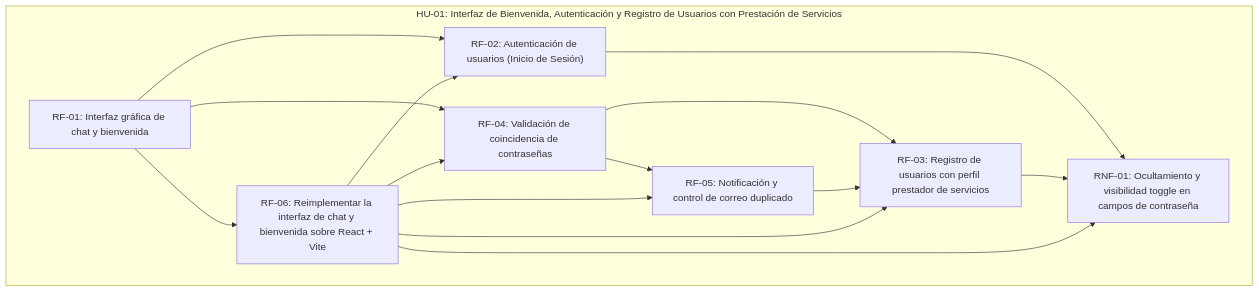
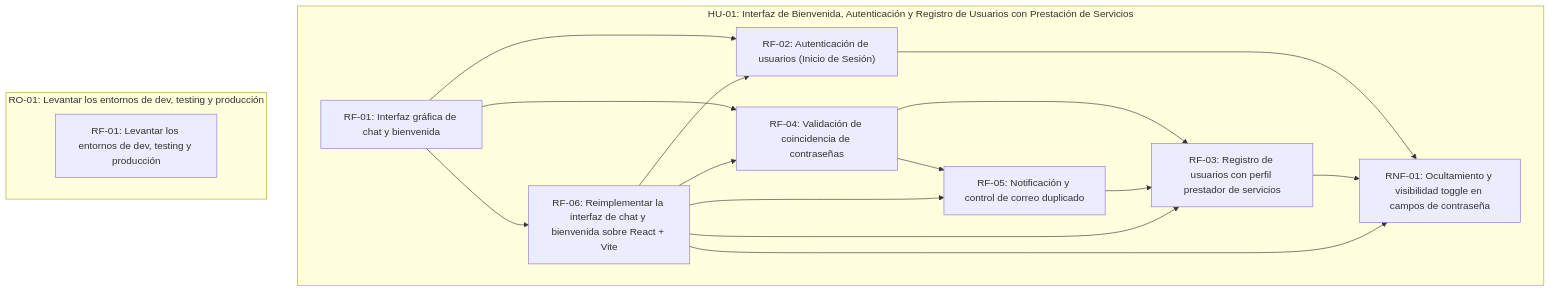
Before and after one commit to fiemcasals/refactoryProfesionales: the diagram in scrumDocs/grafo.md, drawn with Mermaid. The commit also changed other lines of this file, not shown here.

Commit message:
Auto-publish: actualiza scrumDocs/grafo.md

````diff
--- a/scrumDocs/grafo.md
+++ b/scrumDocs/grafo.md
@@ -5,25 +5,28 @@
 ```mermaid
 graph TD
   subgraph US_1785510643692["HU-01: Interfaz de Bienvenida, Autenticación y Registro de Usuarios con Prestación de Servicios"]
     REQ_1785771199977["RF-01: Interfaz gráfica de chat y bienvenida"]
     REQ_1785771214294["RF-02: Autenticación de usuarios (Inicio de Sesión)"]
     REQ_1785771214393["RF-03: Registro de usuarios con perfil prestador de servicios"]
     REQ_1785771214462["RF-04: Validación de coincidencia de contraseñas"]
     REQ_1785771214528["RF-05: Notificación y control de correo duplicado"]
     REQ_1785771214595["RNF-01: Ocultamiento y visibilidad toggle en campos de contraseña"]
     REQ_1790685849827["RF-06: Reimplementar la interfaz de chat y bienvenida sobre React + Vite"]
+  end
+  subgraph US_1790688869961["RO-01: Levantar los entornos de dev, testing y producción"]
+    REQ_1790688869968["RF-01: Levantar los entornos de dev, testing y producción"]
   end
   REQ_1785771199977 --> REQ_1785771214294
   REQ_1790685849827 --> REQ_1785771214294
   REQ_1785771214462 --> REQ_1785771214393
   REQ_1785771214528 --> REQ_1785771214393
   REQ_1790685849827 --> REQ_1785771214393
   REQ_1785771199977 --> REQ_1785771214462
   REQ_1790685849827 --> REQ_1785771214462
   REQ_1785771214462 --> REQ_1785771214528
   REQ_1790685849827 --> REQ_1785771214528
   REQ_1785771214294 --> REQ_1785771214595
   REQ_1785771214393 --> REQ_1785771214595
   REQ_1790685849827 --> REQ_1785771214595
   REQ_1785771199977 --> REQ_1790685849827
 ```
````
